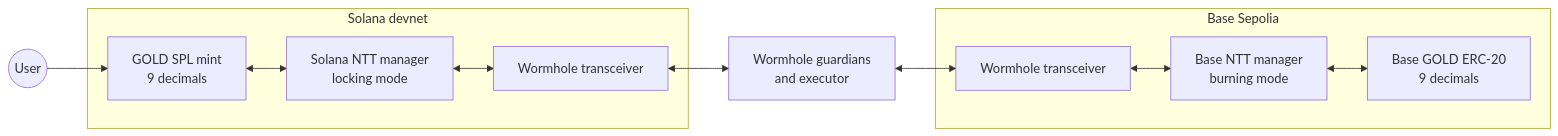
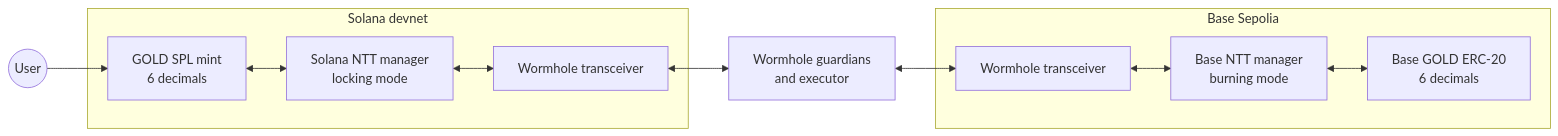
One commit to clan-world/gold-bridge-monorepo changed the first of 3 diagrams in docs/testnet-runbook.md. Above: the diagram before and after it, drawn with Mermaid. The commit also changed other lines of this file and 8 other files, not shown here.

First line of the commit message:
fix(bridge): change GOLD decimals from 9 to 6 to match Solana canonical mint (#1)

````diff
--- a/docs/testnet-runbook.md
+++ b/docs/testnet-runbook.md
@@ -9,26 +9,26 @@
 ```mermaid
 flowchart LR
   user((User))
 
   subgraph solana[Solana devnet]
-    spl[GOLD SPL mint\n9 decimals]
+    spl[GOLD SPL mint\n6 decimals]
     sMgr[Solana NTT manager\nlocking mode]
     sWh[Wormhole transceiver]
   end
 
   guardians[Wormhole guardians\nand executor]
 
   subgraph base[Base Sepolia]
     bWh[Wormhole transceiver]
     bMgr[Base NTT manager\nburning mode]
-    erc[Base GOLD ERC-20\n9 decimals]
+    erc[Base GOLD ERC-20\n6 decimals]
   end
 
   user --> spl
   spl <--> sMgr
   sMgr <--> sWh
   sWh <--> guardians
   guardians <--> bWh
   bWh <--> bMgr
   bMgr <--> erc
 ```
````
